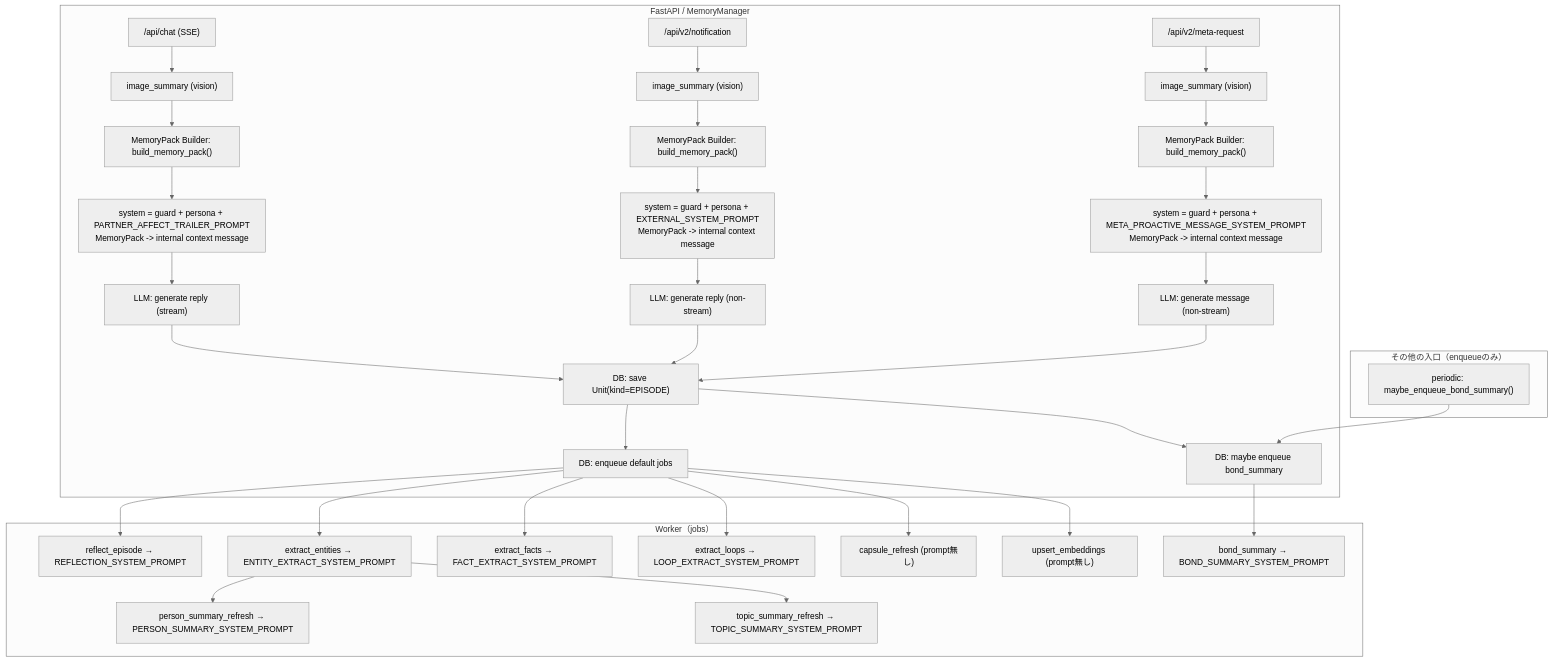
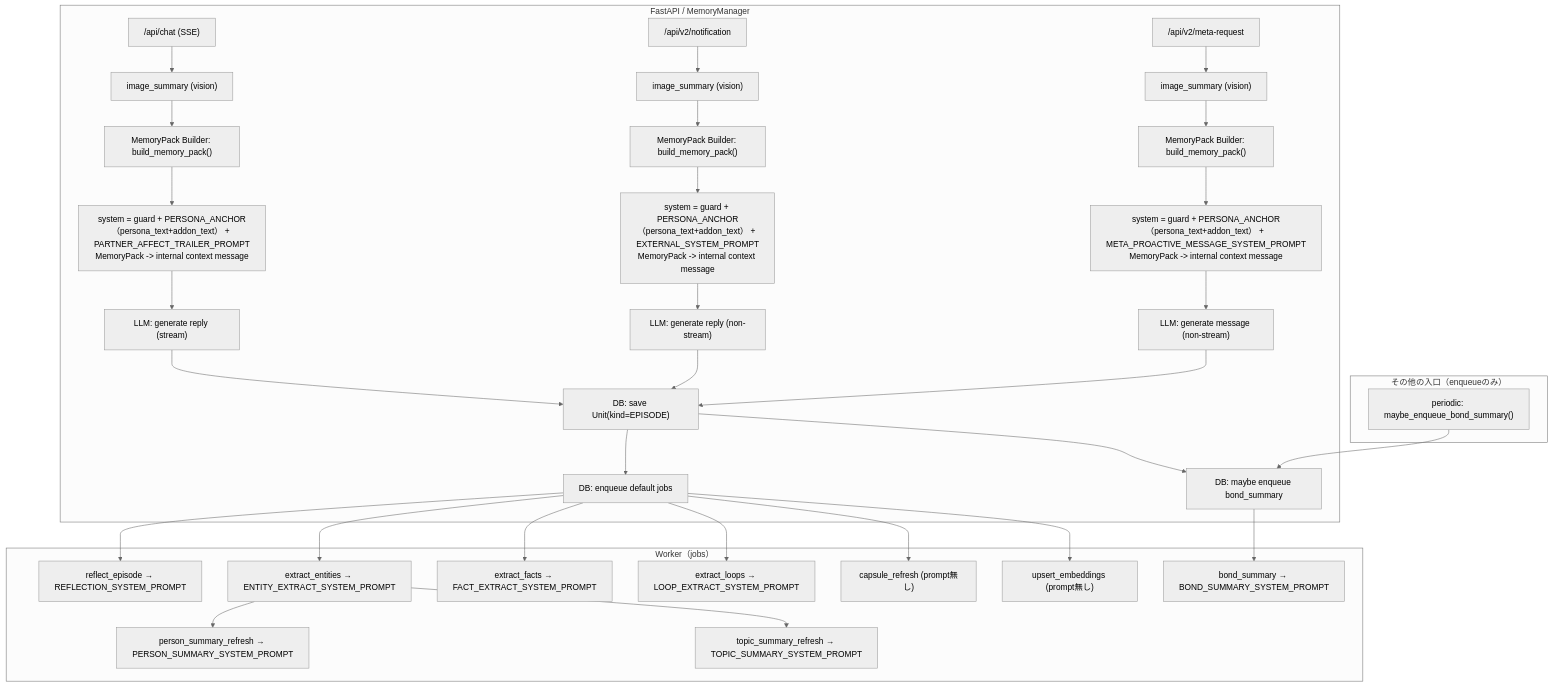
One commit to hirona98/cocoro_ghost changed the first of 4 diagrams in docs/prompt_usage_map.md. Above: the diagram before and after it, drawn with Mermaid (neutral theme). The commit also changed other lines of this file and 13 other files, not shown here.

````diff
--- a/docs/prompt_usage_map.md
+++ b/docs/prompt_usage_map.md
@@ -31,43 +31,43 @@
 ```mermaid
 flowchart TD
   subgraph API["FastAPI / MemoryManager"]
     CHAT["/api/chat (SSE)"] --> IMGC["image_summary (vision)"]
     NOTIF["/api/v2/notification"] --> IMGN["image_summary (vision)"]
     META["/api/v2/meta-request"] --> IMGM["image_summary (vision)"]
 
     IMGC --> PACK["MemoryPack Builder: build_memory_pack()"]
     IMGN --> PACKN["MemoryPack Builder: build_memory_pack()"]
     IMGM --> PACKM["MemoryPack Builder: build_memory_pack()"]
 
-    PACK --> SYS_CHAT["system = guard + persona + PARTNER_AFFECT_TRAILER_PROMPT\nMemoryPack -> internal context message"]
-    PACKN --> SYS_NOTIF["system = guard + persona + EXTERNAL_SYSTEM_PROMPT\nMemoryPack -> internal context message"]
-    PACKM --> SYS_META["system = guard + persona + META_PROACTIVE_MESSAGE_SYSTEM_PROMPT\nMemoryPack -> internal context message"]
+    PACK --> SYS_CHAT["system = guard + PERSONA_ANCHOR（persona_text+addon_text） + PARTNER_AFFECT_TRAILER_PROMPT\nMemoryPack -> internal context message"]
+    PACKN --> SYS_NOTIF["system = guard + PERSONA_ANCHOR（persona_text+addon_text） + EXTERNAL_SYSTEM_PROMPT\nMemoryPack -> internal context message"]
+    PACKM --> SYS_META["system = guard + PERSONA_ANCHOR（persona_text+addon_text） + META_PROACTIVE_MESSAGE_SYSTEM_PROMPT\nMemoryPack -> internal context message"]
 
     SYS_CHAT --> LLM_CHAT["LLM: generate reply (stream)"]
     SYS_NOTIF --> LLM_NOTIF["LLM: generate reply (non-stream)"]
     SYS_META --> LLM_META["LLM: generate message (non-stream)"]
 
     LLM_CHAT --> SAVE_EP["DB: save Unit(kind=EPISODE)"]
     LLM_NOTIF --> SAVE_EP
     LLM_META --> SAVE_EP
 
     SAVE_EP --> ENQ["DB: enqueue default jobs"]
     SAVE_EP --> ENQW_MAYBE["DB: maybe enqueue bond_summary"]
   end
 
   subgraph WORKER["Worker（jobs）"]
     ENQ --> REFLECT["reflect_episode → REFLECTION_SYSTEM_PROMPT"]
     ENQ --> ENT["extract_entities → ENTITY_EXTRACT_SYSTEM_PROMPT"]
     ENQ --> FACT["extract_facts → FACT_EXTRACT_SYSTEM_PROMPT"]
     ENQ --> LOOP["extract_loops → LOOP_EXTRACT_SYSTEM_PROMPT"]
     ENQ --> CAPR["capsule_refresh (prompt無し)"]
     ENQ --> EMB["upsert_embeddings (prompt無し)"]
     ENT --> PERS["person_summary_refresh → PERSON_SUMMARY_SYSTEM_PROMPT"]
     ENT --> TOP["topic_summary_refresh → TOPIC_SUMMARY_SYSTEM_PROMPT"]
     ENQW_MAYBE --> WEEK["bond_summary → BOND_SUMMARY_SYSTEM_PROMPT"]
   end
 
   subgraph OTHER["その他の入口（enqueueのみ）"]
     PERIODIC["periodic: maybe_enqueue_bond_summary()"] --> ENQW_MAYBE
   end
 ```
````
